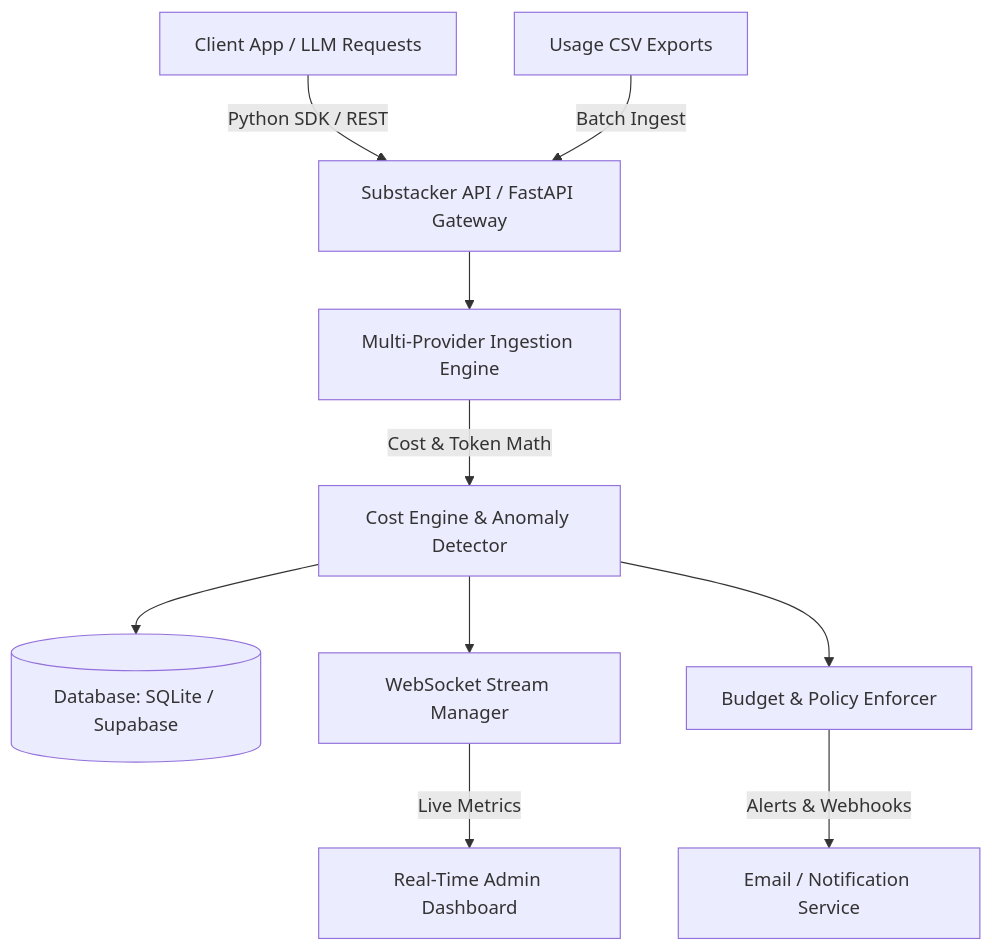
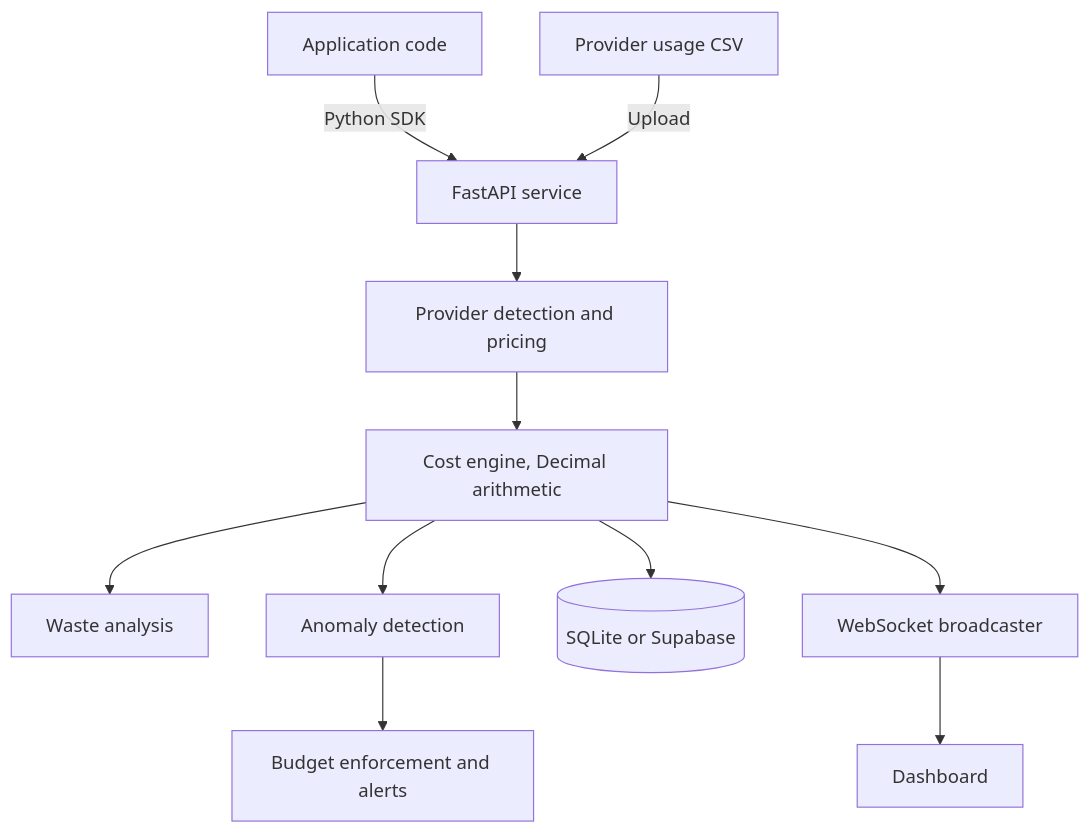
Before and after one commit to Vmnebula/substacker: the diagram in README.md, drawn with Mermaid. The commit also changed other lines of this file and 13 other files, not shown here.

````diff
--- a/README.md
+++ b/README.md
@@ -21,12 +162,13 @@
 ```mermaid
 graph TD
-    A[Client App / LLM Requests] -->|Python SDK / REST| B[Substacker API / FastAPI Gateway]
-    C[Usage CSV Exports] -->|Batch Ingest| B
-    B --> D[Multi-Provider Ingestion Engine]
-    D -->|Cost & Token Math| E[Cost Engine & Anomaly Detector]
-    E --> F[(Database: SQLite / Supabase)]
-    E --> G[WebSocket Stream Manager]
-    G -->|Live Metrics| H[Real-Time Admin Dashboard]
-    E --> I[Budget & Policy Enforcer]
-    I -->|Alerts & Webhooks| J[Email / Notification Service]
+    A[Application code] -->|Python SDK| B[FastAPI service]
+    C[Provider usage CSV] -->|Upload| B
+    B --> D[Provider detection and pricing]
+    D --> E[Cost engine, Decimal arithmetic]
+    E --> F[Waste analysis]
+    E --> G[Anomaly detection]
+    E --> H[(SQLite or Supabase)]
+    E --> I[WebSocket broadcaster]
+    I --> J[Dashboard]
+    G --> K[Budget enforcement and alerts]
 ```
````
